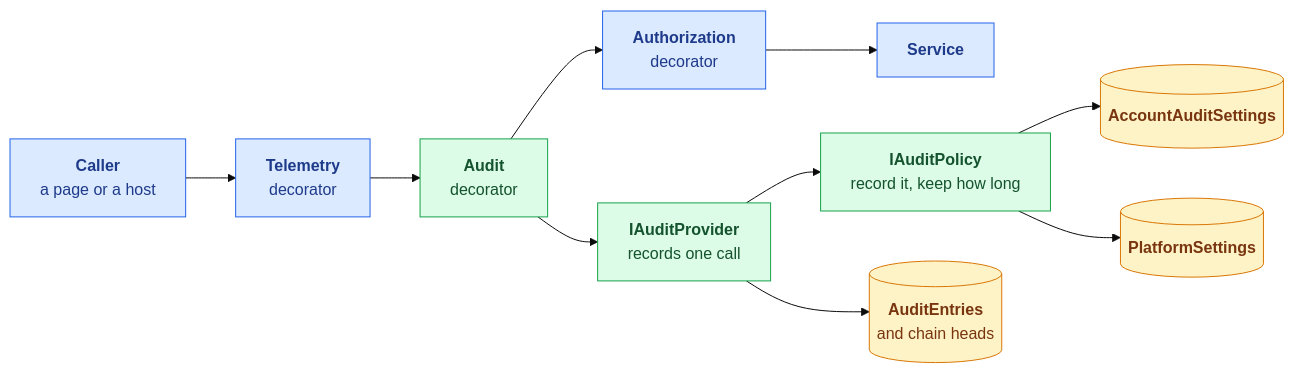
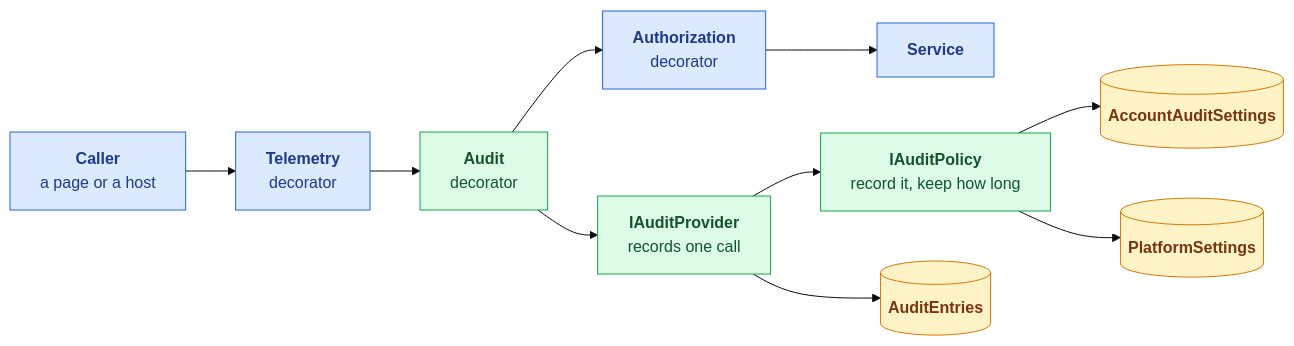
The first of 5 diagrams in Plans/auditing.md (ultrabstrong/Corely.IAM), drawn with Mermaid (base theme) before and after one commit. The commit also changed other lines of this file and 1 other file, not shown here.

First line of the commit message:
Always record user and account deletion, and move audit tamper evidence to feature ideas

````diff
--- a/Plans/auditing.md
+++ b/Plans/auditing.md
@@ -31,27 +29,27 @@
 ```mermaid
 flowchart LR
     caller["<b>Caller</b><br/>a page or a host"]
     tel["<b>Telemetry</b><br/>decorator"]
     aud["<b>Audit</b><br/>decorator"]
     authz["<b>Authorization</b><br/>decorator"]
     svc["<b>Service</b>"]
     provider["<b>IAuditProvider</b><br/>records one call"]
     policy["<b>IAuditPolicy</b><br/>record it, keep how long"]
-    entries[("<b>AuditEntries</b><br/>and chain heads")]
+    entries[("<b>AuditEntries</b>")]
     acct[("<b>AccountAuditSettings</b>")]
     plat[("<b>PlatformSettings</b>")]
 
     caller --> tel --> aud --> authz --> svc
     aud --> provider
     provider --> entries
     provider --> policy
     policy --> acct
     policy --> plat
 
     classDef new fill:#dcfce7,stroke:#16a34a,color:#14532d
     classDef existing fill:#dbeafe,stroke:#2563eb,color:#1e3a8a
     classDef store fill:#fef3c7,stroke:#d97706,color:#78350f
     class aud,provider,policy new
     class caller,tel,authz,svc existing
     class entries,acct,plat store
 ```
````
